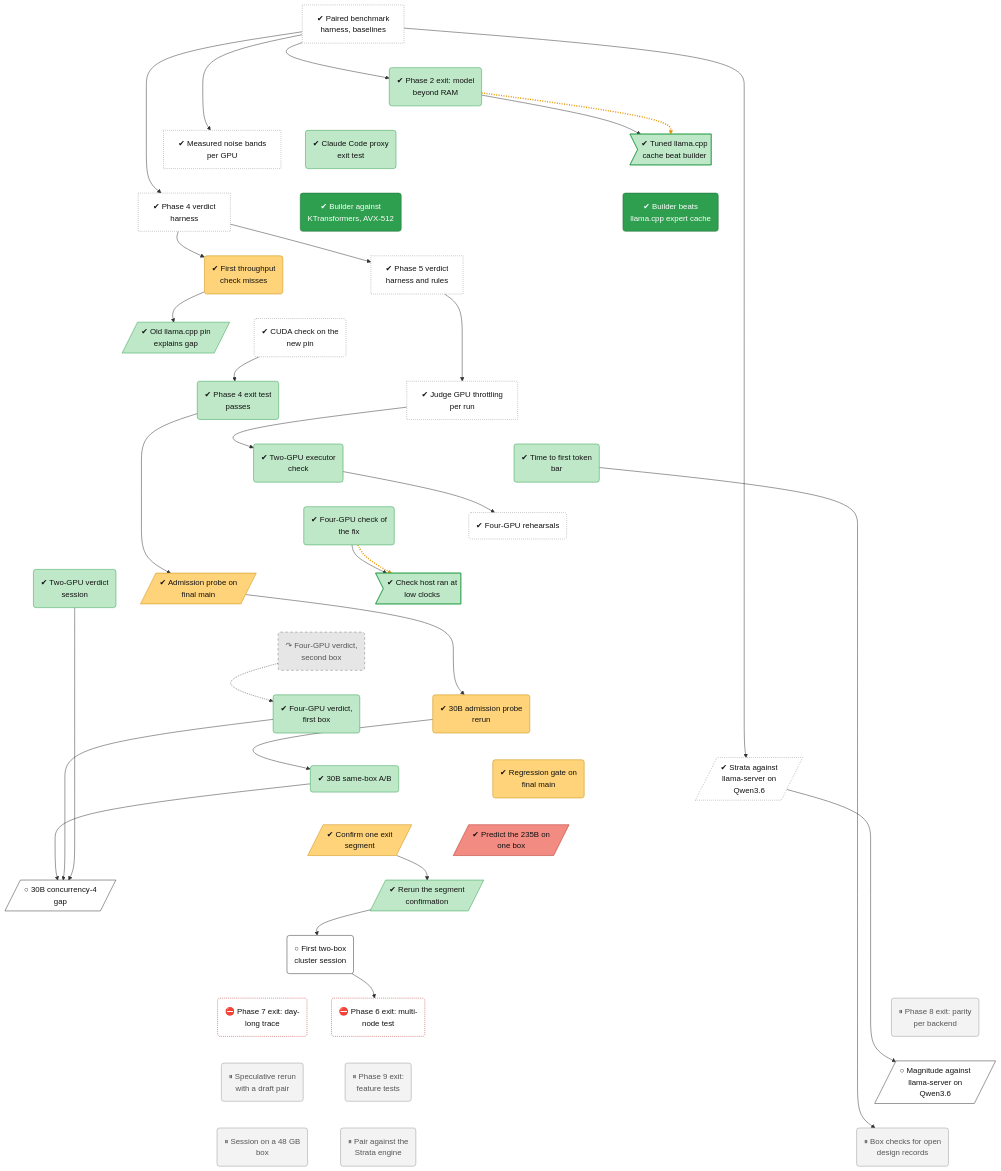
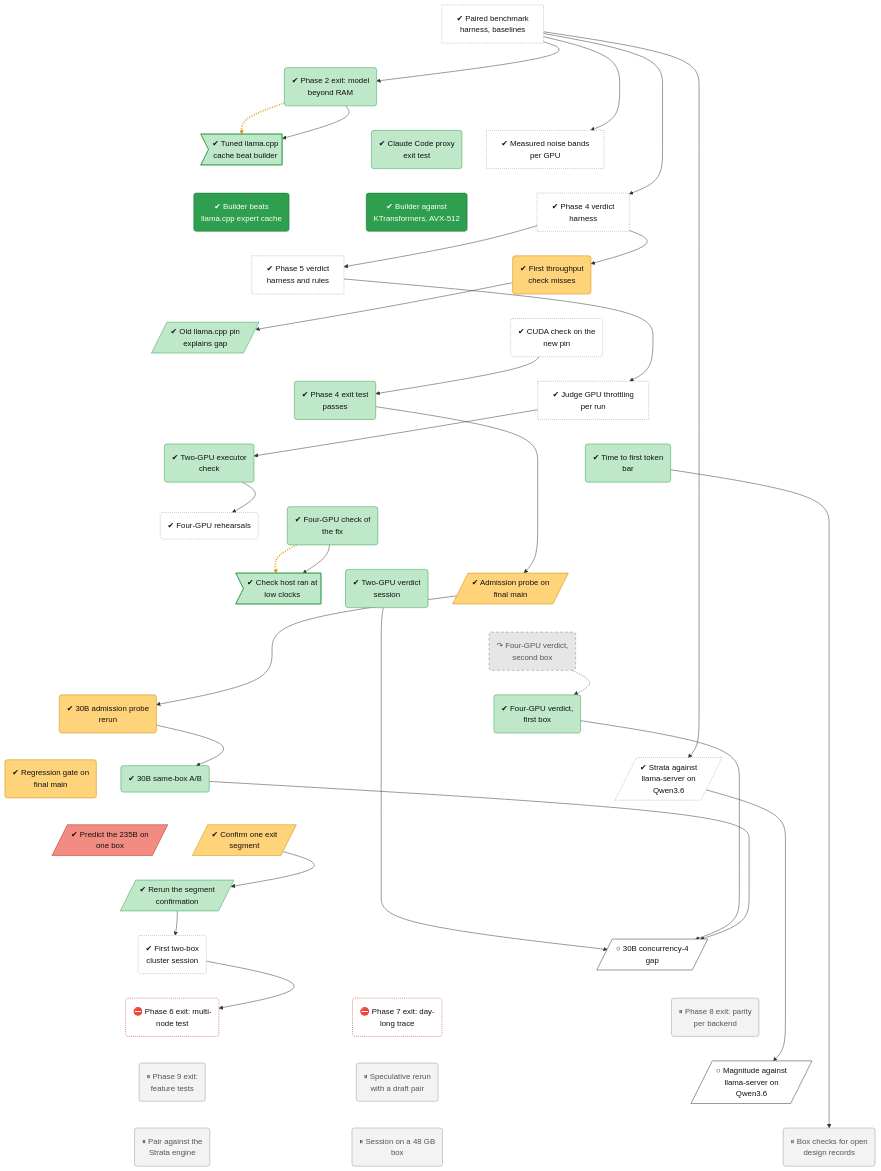
One commit to lhns/tetraeder changed the diagram in docs/roadmap/tracks/bench.md. Above: the diagram before and after it, drawn with Mermaid. The commit also changed other lines of this file and 4 other files, not shown here.

Commit message:
Phase 6 rehearsal (ADR 0091): phase6-rehearsal-20261125, tree node done, 4 defect nodes; not measured

````diff
--- a/docs/roadmap/tracks/bench.md
+++ b/docs/roadmap/tracks/bench.md
@@ -39,8 +39,8 @@
     bench_235b_stream_predict[/"✔ Predict the 235B on<br/>one box"/]
     bench_235b_segment_confirm[/"✔ Confirm one exit<br/>segment"/]
     bench_235b_segment_confirm_2[/"✔ Rerun the segment<br/>confirmation"/]
+    bench_phase6_rehearsal("✔ First two-box<br/>cluster session")
     bench_30b_c4_gap[/"○ 30B concurrency-4<br/>gap"/]
-    bench_phase6_rehearsal("○ First two-box<br/>cluster session")
     bench_phase6_exit("⛔ Phase 6 exit: multi-<br/>node test")
     bench_phase7_exit("⛔ Phase 7 exit: day-<br/>long trace")
     bench_phase8_exit("⏸ Phase 8 exit: parity<br/>per backend")
@@ -83,12 +83,12 @@
     bench_strata_q36 ~~~ bench_235b_segment_confirm
     bench_regression_gate ~~~ bench_235b_segment_confirm
     bench_235b_stream_predict ~~~ bench_235b_segment_confirm_2
-    bench_235b_segment_confirm ~~~ bench_30b_c4_gap
+    bench_235b_segment_confirm ~~~ bench_235b_segment_confirm_2
     bench_235b_segment_confirm_2 ~~~ bench_phase6_rehearsal
-    bench_30b_c4_gap ~~~ bench_phase6_rehearsal
+    bench_235b_segment_confirm_2 ~~~ bench_30b_c4_gap
     bench_phase6_rehearsal ~~~ bench_phase6_exit
-    bench_phase6_rehearsal ~~~ bench_phase7_exit
-    bench_phase6_rehearsal ~~~ bench_phase8_exit
+    bench_30b_c4_gap ~~~ bench_phase7_exit
+    bench_30b_c4_gap ~~~ bench_phase8_exit
     bench_phase6_exit ~~~ bench_phase9_exit
     bench_phase7_exit ~~~ bench_spec_rerun
     bench_phase8_exit ~~~ bench_magnitude_q36
@@ -115,10 +115,10 @@
     bench_d2a_30b --> bench_ab30b
     bench_harness --> bench_strata_q36
     bench_235b_segment_confirm --> bench_235b_segment_confirm_2
+    bench_235b_segment_confirm_2 --> bench_phase6_rehearsal
     bench_v2_verdict --> bench_30b_c4_gap
     bench_v4a_verdict --> bench_30b_c4_gap
     bench_ab30b --> bench_30b_c4_gap
-    bench_235b_segment_confirm_2 --> bench_phase6_rehearsal
     bench_phase6_rehearsal --> bench_phase6_exit
     bench_strata_q36 --> bench_magnitude_q36
     bench_ttft --> bench_open_records
@@ -137,13 +137,13 @@
     classDef decided fill:#ece0f7,stroke:#7b3fb5,stroke-dasharray:2 2,color:#111
     classDef finding fill:#ffe0b2,stroke:#d84315,stroke-width:2px,color:#111
     classDef waiting fill:#e3f2fd,stroke:#1f6fc5,stroke-dasharray:5 5,color:#111
-    class bench_harness,bench_noise_bands,bench_phase4_harness,bench_phase5_harness,bench_pin_confirm,bench_throttle_rules,bench_s3_rehearsal,bench_strata_q36 unrated
+    class bench_harness,bench_noise_bands,bench_phase4_harness,bench_phase5_harness,bench_pin_confirm,bench_throttle_rules,bench_s3_rehearsal,bench_strata_q36,bench_phase6_rehearsal unrated
     class bench_phase2_exit,bench_defect_tuned_cache,bench_phase3b_proxy,bench_pin_ab,bench_phase4_exit,bench_s2_step0,bench_ttft,bench_s3f2,bench_defect_s3f2_clock,bench_v2_verdict,bench_v4a_verdict,bench_ab30b,bench_235b_segment_confirm_2 succ
     class bench_m1_point1,bench_m1_point3 vsucc
     class bench_d2a_rerun,bench_d2a_probe,bench_d2a_30b,bench_regression_gate,bench_235b_segment_confirm mixed
     class bench_v4b_verdict dead
     class bench_235b_stream_predict bad
-    class bench_30b_c4_gap,bench_phase6_rehearsal,bench_magnitude_q36 next
+    class bench_30b_c4_gap,bench_magnitude_q36 next
     class bench_phase6_exit,bench_phase7_exit blocked
     class bench_phase8_exit,bench_phase9_exit,bench_spec_rerun,bench_strata_pairing,bench_d1_session,bench_open_records parked
 ```
````
